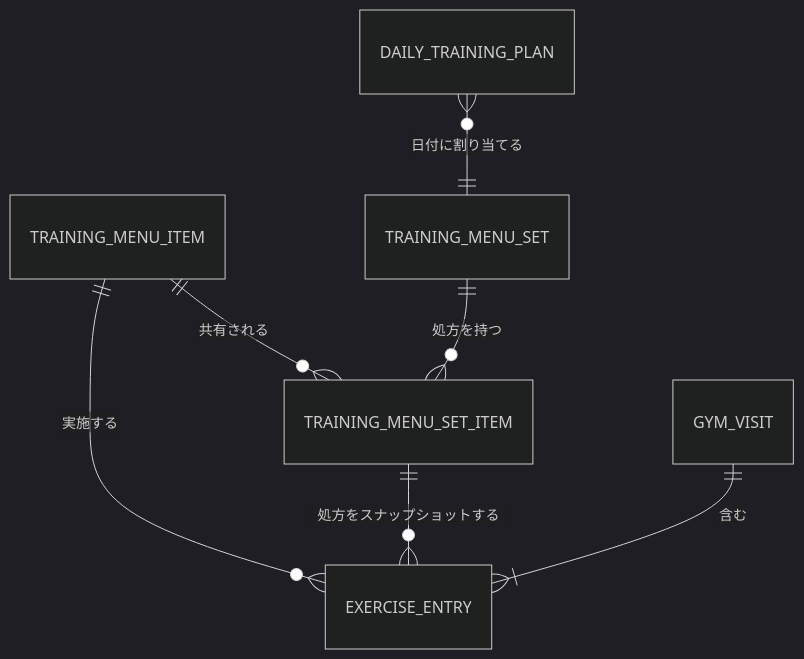
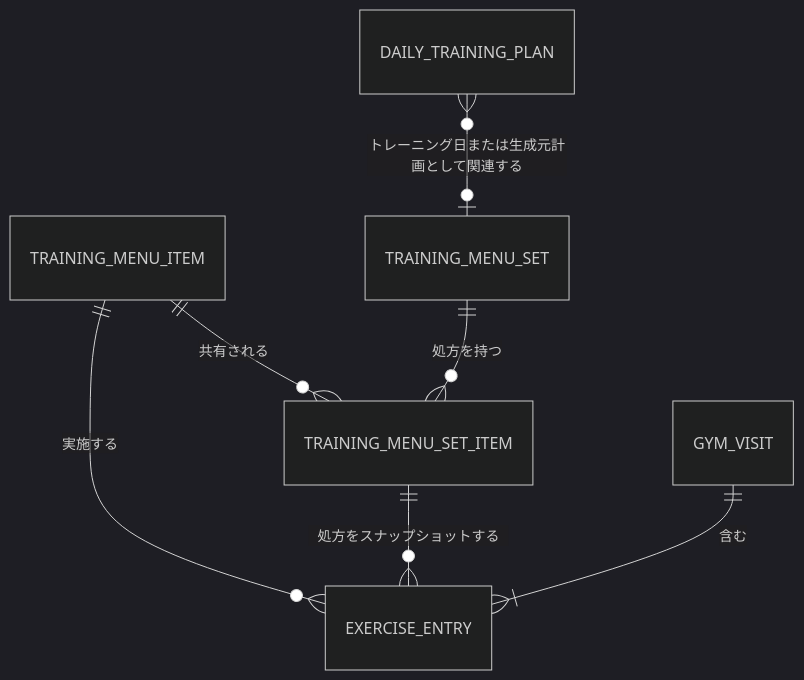
Before and after one commit to nia-ai-lab/kintrain: the diagram in docs/training-menu-and-daily-plan-requirements.md, drawn with Mermaid (dark theme). The commit also changed other lines of this file and 17 other files, not shown here.

````diff
--- a/docs/training-menu-and-daily-plan-requirements.md
+++ b/docs/training-menu-and-daily-plan-requirements.md
@@ -70,9 +71,9 @@
 ```mermaid
 erDiagram
     TRAINING_MENU_ITEM ||--o{ TRAINING_MENU_SET_ITEM : "共有される"
     TRAINING_MENU_SET ||--o{ TRAINING_MENU_SET_ITEM : "処方を持つ"
-    DAILY_TRAINING_PLAN }o--|| TRAINING_MENU_SET : "日付に割り当てる"
+    DAILY_TRAINING_PLAN }o--o| TRAINING_MENU_SET : "トレーニング日または生成元計画として関連する"
     TRAINING_MENU_ITEM ||--o{ EXERCISE_ENTRY : "実施する"
     TRAINING_MENU_SET_ITEM ||--o{ EXERCISE_ENTRY : "処方をスナップショットする"
     GYM_VISIT ||--|{ EXERCISE_ENTRY : "含む"
 ```
````
